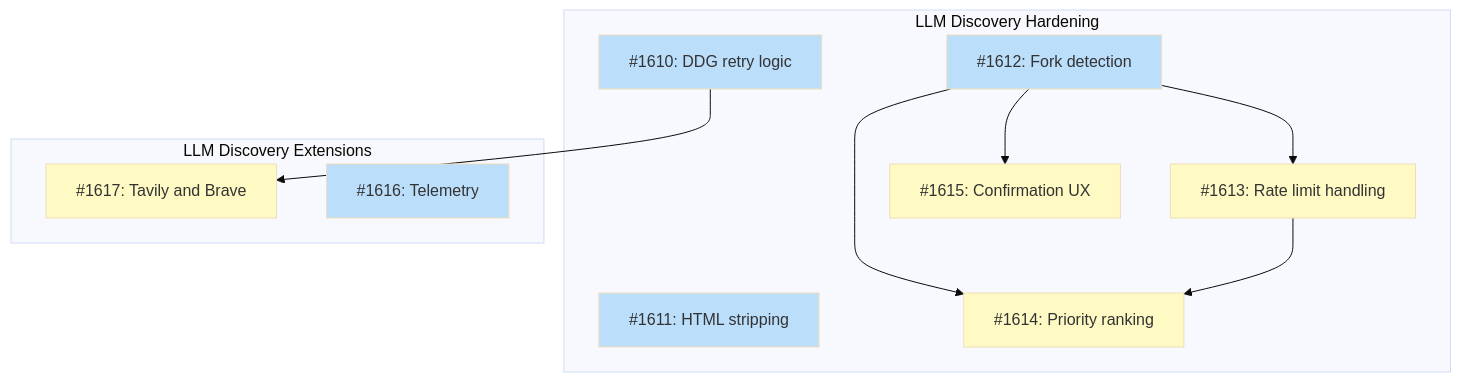
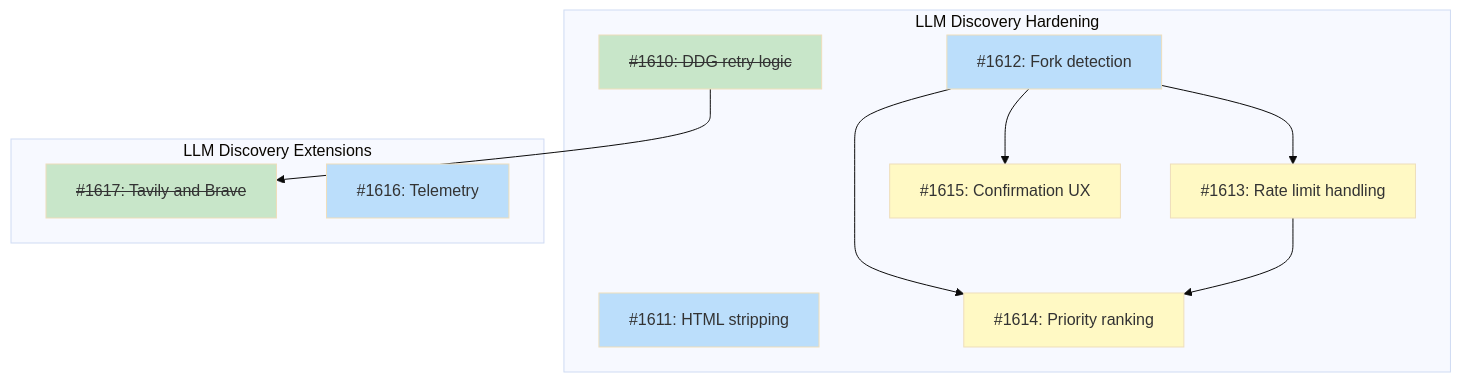
One commit to tsukumogami/tsuku changed the diagram in docs/designs/DESIGN-llm-discovery-implementation.md. Above: the diagram before and after it, drawn with Mermaid (base theme). The commit also changed other lines of this file and 17 other files, not shown here.

First line of the commit message:
feat(search): add DDG retry logic and Tavily/Brave providers (#1619)

````diff
--- a/docs/designs/DESIGN-llm-discovery-implementation.md
+++ b/docs/designs/DESIGN-llm-discovery-implementation.md
@@ -61,30 +61,31 @@
 ```mermaid
 graph TD
     subgraph Hardening["LLM Discovery Hardening"]
-        I1610["#1610: DDG retry logic"]
+        I1610["<s>#1610: DDG retry logic</s>"]
         I1611["#1611: HTML stripping"]
         I1612["#1612: Fork detection"]
         I1613["#1613: Rate limit handling"]
         I1614["#1614: Priority ranking"]
         I1615["#1615: Confirmation UX"]
     end
 
     subgraph Extensions["LLM Discovery Extensions"]
-        I1617["#1617: Tavily and Brave"]
+        I1617["<s>#1617: Tavily and Brave</s>"]
         I1616["#1616: Telemetry"]
     end
 
     I1610 --> I1617
     I1612 --> I1613
     I1612 --> I1614
     I1612 --> I1615
     I1613 --> I1614
 
     classDef done fill:#c8e6c9
     classDef ready fill:#bbdefb
     classDef blocked fill:#fff9c4
     classDef needsDesign fill:#e1bee7
 
-    class I1610,I1611,I1612,I1616 ready
-    class I1613,I1614,I1615,I1617 blocked
+    class I1610,I1617 done
+    class I1611,I1612,I1616 ready
+    class I1613,I1614,I1615 blocked
 ```
````
